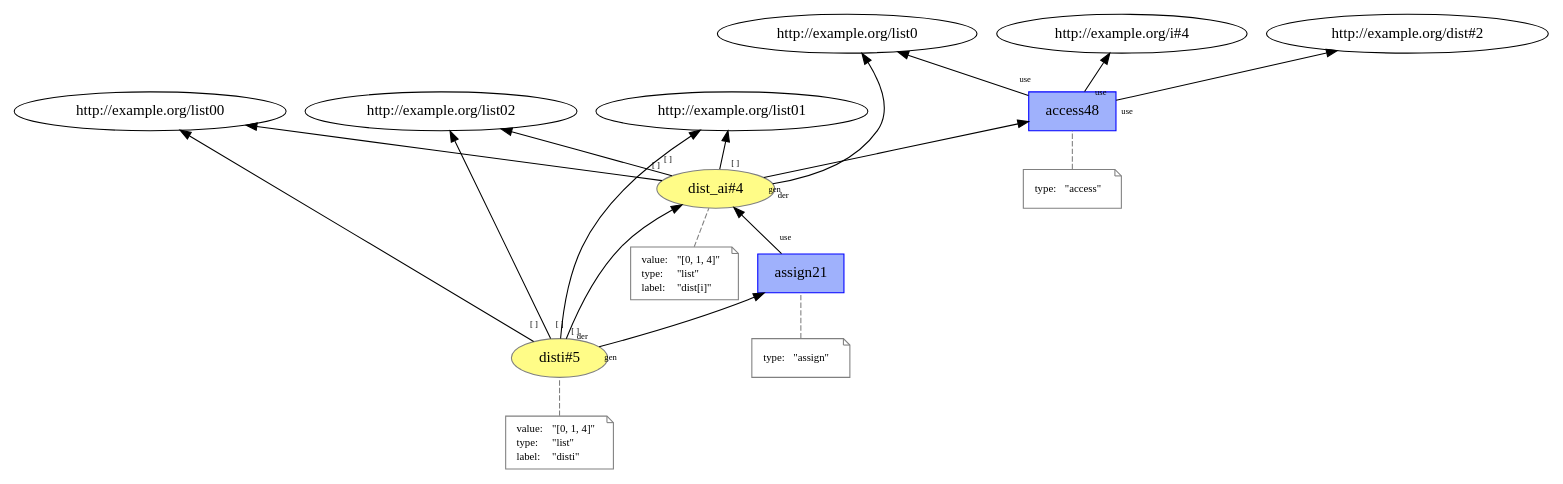
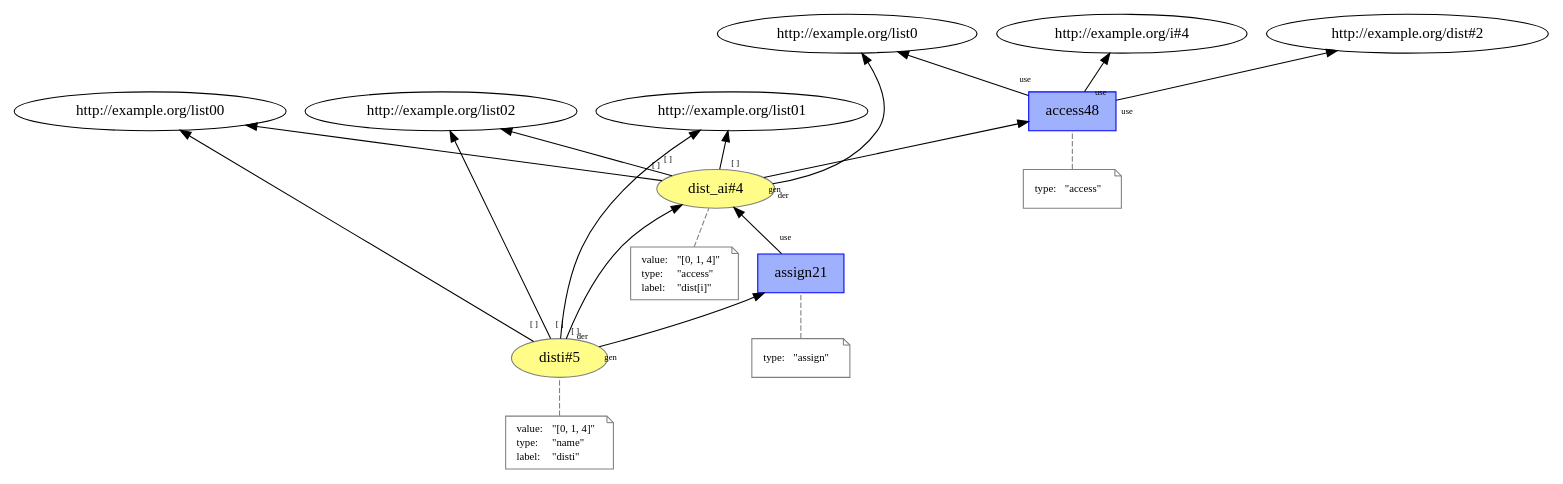
The diagram in plain_prov/temp/L12__access__assign_4.dot (dew-uff/versioned-prov), drawn with Graphviz before and after one commit. The commit also changed 1451 other files, not shown here.

```diff
--- a/plain_prov/temp/L12__access__assign_4.dot
+++ b/plain_prov/temp/L12__access__assign_4.dot
@@ -1,64 +1,64 @@
 digraph "PROV" { size="16,12"; rankdir="BT";
 "http://example.org/dist_ai#4" [fillcolor="#FFFC87",color="#808080",style="filled",label="dist_ai#4",URL="http://example.org/dist_ai#4"]
 "-attrs0" [color="gray",shape="note",fontsize="10",fontcolor="black",label=<<TABLE cellpadding="0" border="0">
 	<TR>
 	    <TD align="left">value:</TD>
 	    <TD align="left">&quot;[0, 1, 4]&quot;</TD>
 	</TR>
 	<TR>
 	    <TD align="left">type:</TD>
-	    <TD align="left">&quot;list&quot;</TD>
+	    <TD align="left">&quot;access&quot;</TD>
 	</TR>
 	<TR>
 	    <TD align="left">label:</TD>
 	    <TD align="left">&quot;dist[i]&quot;</TD>
 	</TR>
 </TABLE>>]
 "-attrs0" -> "http://example.org/dist_ai#4" [color="gray",style="dashed",arrowhead="none"]
 "http://example.org/dist_ai#4" -> "http://example.org/list00" [labelfontsize="8",labeldistance="1.5",labelangle="60.0",rotation="20",taillabel="[ ]"]
 "http://example.org/dist_ai#4" -> "http://example.org/list01" [labelfontsize="8",labeldistance="1.5",labelangle="60.0",rotation="20",taillabel="[ ]"]
 "http://example.org/dist_ai#4" -> "http://example.org/list02" [labelfontsize="8",labeldistance="1.5",labelangle="60.0",rotation="20",taillabel="[ ]"]
 "http://example.org/access48" [fillcolor="#9FB1FC",color="#0000FF",shape="polygon",sides="4",style="filled",label="access48",URL="http://example.org/access48"]
 "-attrs1" [color="gray",shape="note",fontsize="10",fontcolor="black",label=<<TABLE cellpadding="0" border="0">
 	<TR>
 	    <TD align="left">type:</TD>
 	    <TD align="left">&quot;access&quot;</TD>
 	</TR>
 </TABLE>>]
 "-attrs1" -> "http://example.org/access48" [color="gray",style="dashed",arrowhead="none"]
 "http://example.org/access48" -> "http://example.org/list0" [labelfontsize="8",labeldistance="1.5",labelangle="60.0",rotation="20",taillabel="use"]
 "http://example.org/dist_ai#4" -> "http://example.org/list0" [labelfontsize="8",labeldistance="1.5",labelangle="60.0",rotation="20",taillabel="der"]
 "http://example.org/dist_ai#4" -> "http://example.org/access48" [labelfontsize="8",labeldistance="1.5",labelangle="60.0",rotation="20",taillabel="gen"]
 "http://example.org/access48" -> "http://example.org/dist#2" [labelfontsize="8",labeldistance="1.5",labelangle="60.0",rotation="20",taillabel="use"]
 "http://example.org/access48" -> "http://example.org/i#4" [labelfontsize="8",labeldistance="1.5",labelangle="60.0",rotation="20",taillabel="use"]
 "http://example.org/disti#5" [fillcolor="#FFFC87",color="#808080",style="filled",label="disti#5",URL="http://example.org/disti#5"]
 "-attrs2" [color="gray",shape="note",fontsize="10",fontcolor="black",label=<<TABLE cellpadding="0" border="0">
 	<TR>
 	    <TD align="left">value:</TD>
 	    <TD align="left">&quot;[0, 1, 4]&quot;</TD>
 	</TR>
 	<TR>
 	    <TD align="left">type:</TD>
-	    <TD align="left">&quot;list&quot;</TD>
+	    <TD align="left">&quot;name&quot;</TD>
 	</TR>
 	<TR>
 	    <TD align="left">label:</TD>
 	    <TD align="left">&quot;disti&quot;</TD>
 	</TR>
 </TABLE>>]
 "-attrs2" -> "http://example.org/disti#5" [color="gray",style="dashed",arrowhead="none"]
 "http://example.org/disti#5" -> "http://example.org/list00" [labelfontsize="8",labeldistance="1.5",labelangle="60.0",rotation="20",taillabel="[ ]"]
 "http://example.org/disti#5" -> "http://example.org/list01" [labelfontsize="8",labeldistance="1.5",labelangle="60.0",rotation="20",taillabel="[ ]"]
 "http://example.org/disti#5" -> "http://example.org/list02" [labelfontsize="8",labeldistance="1.5",labelangle="60.0",rotation="20",taillabel="[ ]"]
 "http://example.org/assign21" [fillcolor="#9FB1FC",color="#0000FF",shape="polygon",sides="4",style="filled",label="assign21",URL="http://example.org/assign21"]
 "-attrs3" [color="gray",shape="note",fontsize="10",fontcolor="black",label=<<TABLE cellpadding="0" border="0">
 	<TR>
 	    <TD align="left">type:</TD>
 	    <TD align="left">&quot;assign&quot;</TD>
 	</TR>
 </TABLE>>]
 "-attrs3" -> "http://example.org/assign21" [color="gray",style="dashed",arrowhead="none"]
 "http://example.org/assign21" -> "http://example.org/dist_ai#4" [labelfontsize="8",labeldistance="1.5",labelangle="60.0",rotation="20",taillabel="use"]
 "http://example.org/disti#5" -> "http://example.org/dist_ai#4" [labelfontsize="8",labeldistance="1.5",labelangle="60.0",rotation="20",taillabel="der"]
 "http://example.org/disti#5" -> "http://example.org/assign21" [labelfontsize="8",labeldistance="1.5",labelangle="60.0",rotation="20",taillabel="gen"]
 }
```
